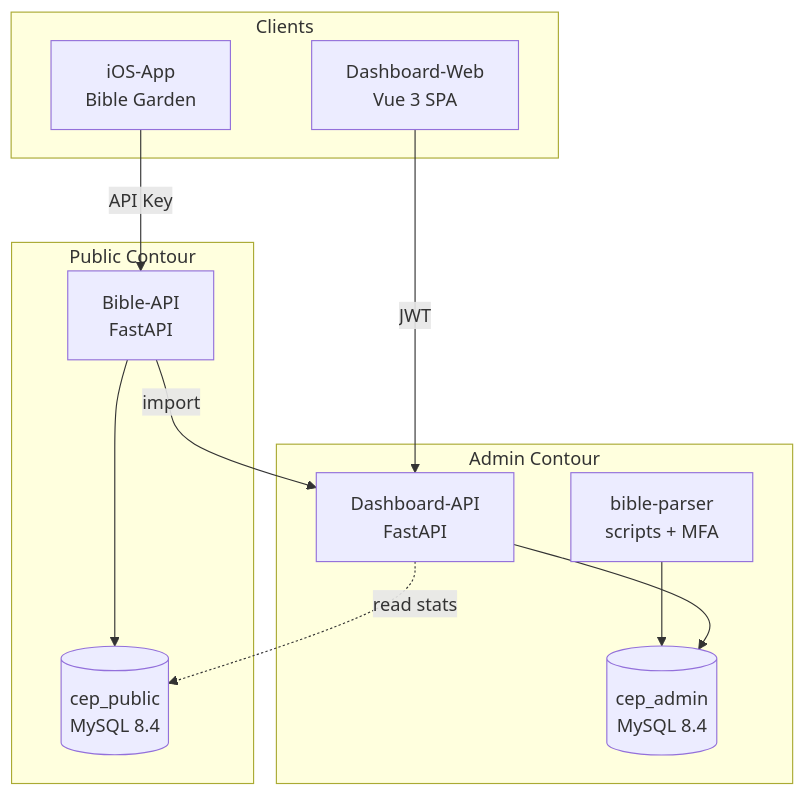
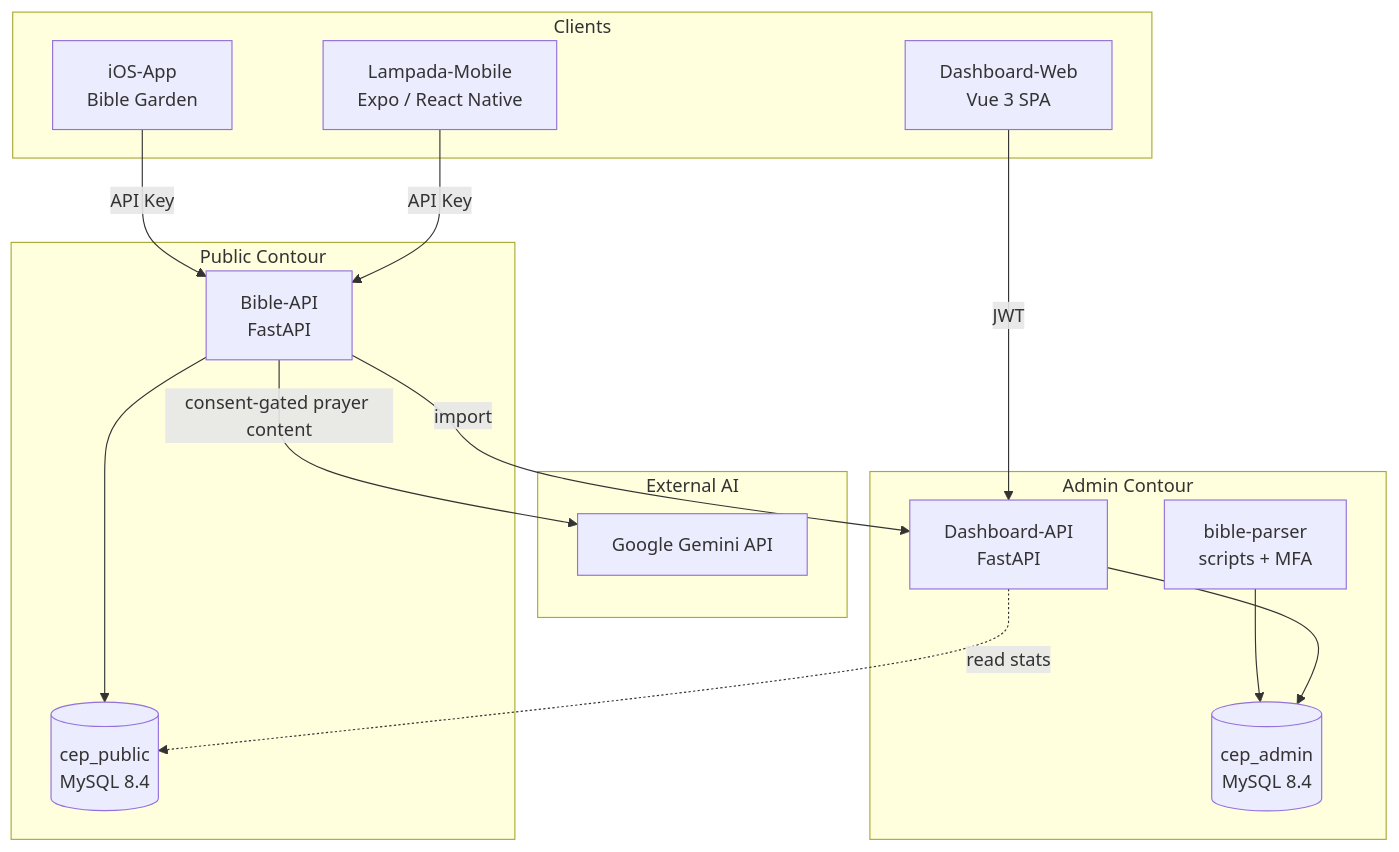
Before and after one commit to Bible-Garden/Architecture: the first of 5 diagrams in architecture.md, drawn with Mermaid. The commit also changed other lines of this file and 4 other files, not shown here.

````diff
--- a/architecture.md
+++ b/architecture.md
@@ -9,29 +10,36 @@
 ```mermaid
 graph TB
     subgraph Clients
         DASH[Dashboard-Web<br/>Vue 3 SPA]
         IOS[iOS-App<br/>Bible Garden]
+        LAMPADA[Lampada-Mobile<br/>Expo / React Native]
+    end
+
+    subgraph External AI
+        GEMINI[Google Gemini API]
     end
 
     subgraph Admin Contour
         ADM_API[Dashboard-API<br/>FastAPI]
         ADM_DB[(cep_admin<br/>MySQL 8.4)]
         PARSER[bible-parser<br/>scripts + MFA]
     end
 
     subgraph Public Contour
         PUB_API[Bible-API<br/>FastAPI]
         PUB_DB[(cep_public<br/>MySQL 8.4)]
     end
 
     PARSER --> ADM_DB
 
     DASH -->|JWT| ADM_API
     ADM_API --> ADM_DB
     ADM_API -.->|read stats| PUB_DB
 
     IOS -->|API Key| PUB_API
+    LAMPADA -->|API Key| PUB_API
     PUB_API --> PUB_DB
+    PUB_API -->|consent-gated prayer content| GEMINI
 
     PUB_API -->|import| ADM_API
 ```
````
